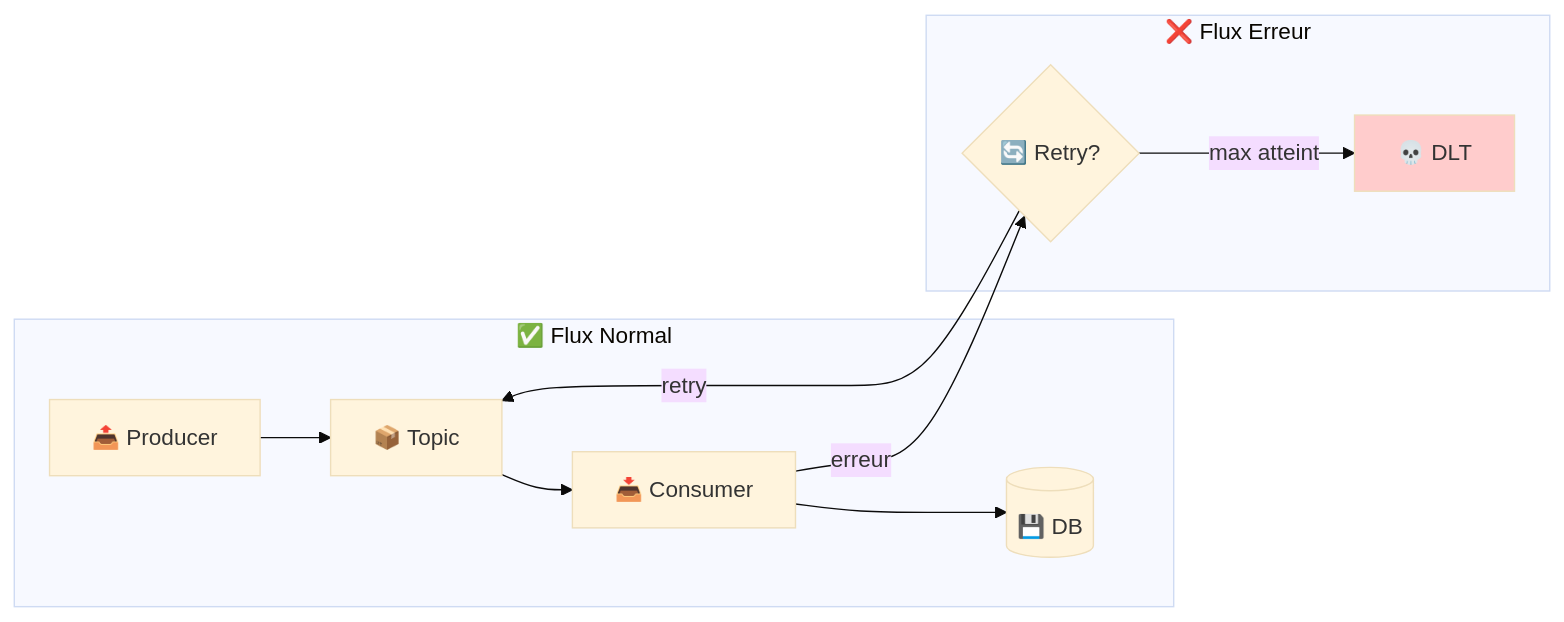
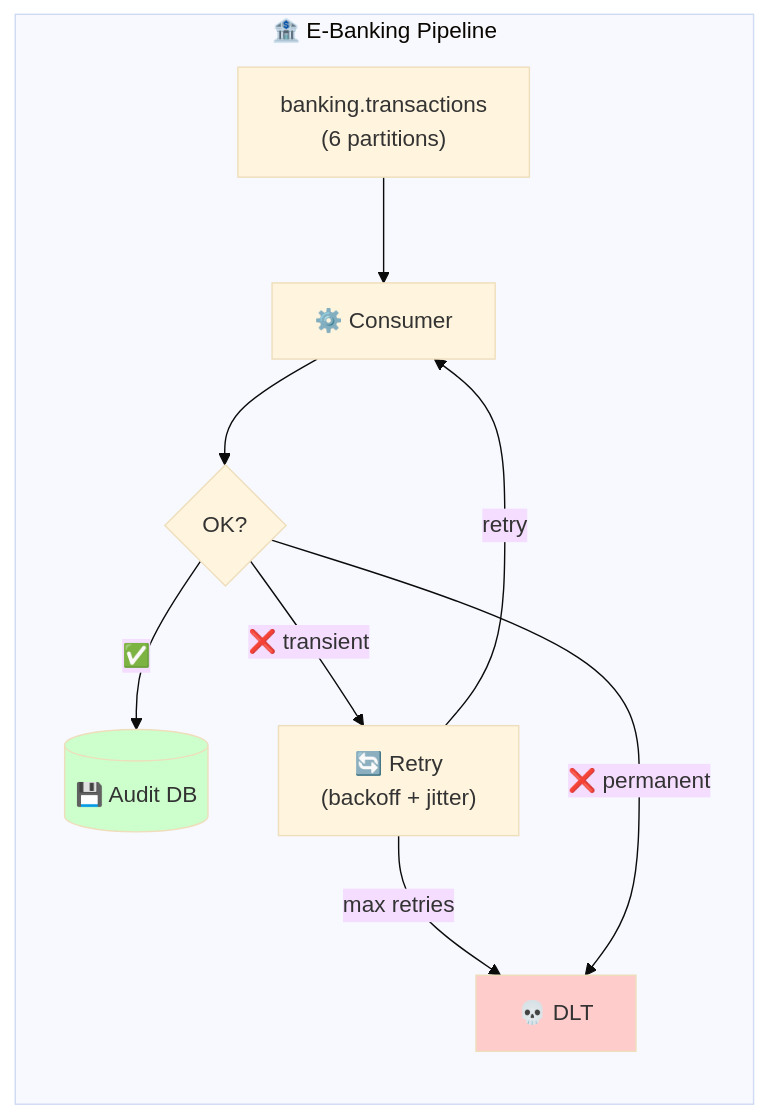
Before and after one commit to msellamiTN/formation--kafka-dotnet: the fourth of 6 diagrams in day-02-development/README.md, drawn with Mermaid (base theme). The commit also changed other lines of this file and 126 other files, not shown here.

First line of the commit message:
docs: Restructure Day 02 with practical schedule, add serialization and idempotent producer modules, reorganize consumer patterns as lab 2.3

````diff
--- a/day-02-development/README.md
+++ b/day-02-development/README.md
@@ -47,16 +207,21 @@
 ```mermaid
 flowchart LR
-    subgraph Normal["✅ Flux Normal"]
-        P["📤 Producer"] --> T["📦 Topic"]
-        T --> C["📥 Consumer"]
-        C --> DB[("💾 DB")]
+    subgraph Pipeline["🏦 E-Banking Pipeline"]
+        T["banking.transactions<br/>(6 partitions)"]
+        C["⚙️ Consumer"]
+        D{OK?}
+        R["🔄 Retry<br/>(backoff + jitter)"]
+        DLT["💀 DLT"]
+        DB[("💾 Audit DB")]
     end
-    
-    subgraph Error["❌ Flux Erreur"]
-        C -->|"erreur"| R{"🔄 Retry?"}
-        R -->|"max atteint"| DLT["💀 DLT"]
-        R -->|"retry"| T
-    end
-    
+
+    T --> C --> D
+    D -->|"✅"| DB
+    D -->|"❌ transient"| R
+    R -->|"max retries"| DLT
+    R -->|"retry"| C
+    D -->|"❌ permanent"| DLT
+
     style DLT fill:#ffcccc
+    style DB fill:#ccffcc
 ```
````
